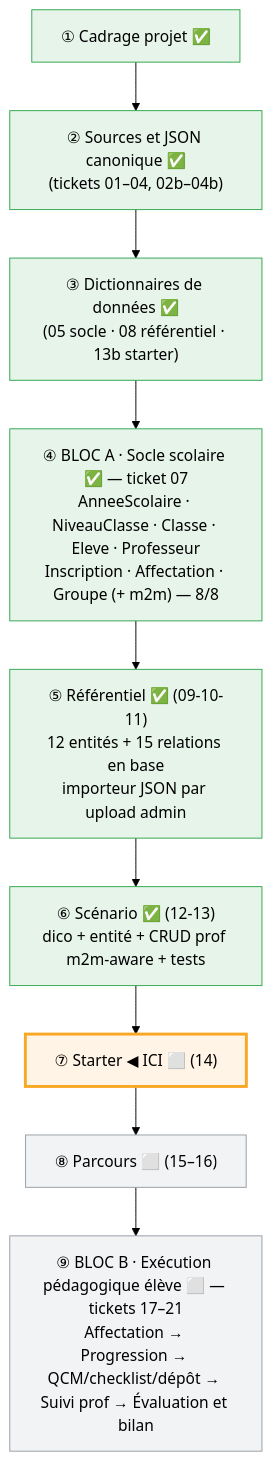
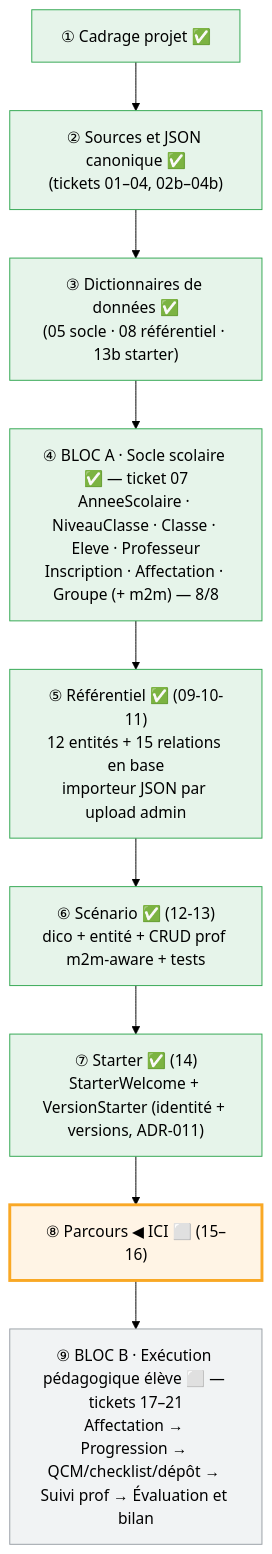
One commit to caucrogeGit/ReferenCiel-Manager changed the diagram in docs/journal-de-progression.md. Above: the diagram before and after it, drawn with Mermaid (forest theme). The commit also changed other lines of this file, not shown here.

First line of the commit message:
docs(journal): phase ⑦ Starter terminée (StarterWelcome + VersionStarter)

````diff
--- a/docs/journal-de-progression.md
+++ b/docs/journal-de-progression.md
@@ -726,19 +754,19 @@
 ```mermaid
 flowchart TD
     A["① Cadrage projet ✅"]
     B["② Sources et JSON canonique ✅<br/>(tickets 01–04, 02b–04b)"]
     C["③ Dictionnaires de données ✅<br/>(05 socle · 08 référentiel · 13b starter)"]
     D["④ BLOC A · Socle scolaire ✅ — ticket 07<br/>AnneeScolaire · NiveauClasse · Classe · Eleve · Professeur<br/>Inscription · Affectation · Groupe (+ m2m) — 8/8"]
     E["⑤ Référentiel ✅ (09-10-11)<br/>12 entités + 15 relations en base<br/>importeur JSON par upload admin"]
     F["⑥ Scénario ✅ (12-13)<br/>dico + entité + CRUD prof m2m-aware + tests"]
-    G["⑦ Starter ◀ ICI ⬜ (14)"]
-    H["⑧ Parcours ⬜ (15–16)"]
+    G["⑦ Starter ✅ (14)<br/>StarterWelcome + VersionStarter (identité + versions, ADR-011)"]
+    H["⑧ Parcours ◀ ICI ⬜ (15–16)"]
     I["⑨ BLOC B · Exécution pédagogique élève ⬜ — tickets 17–21<br/>Affectation → Progression → QCM/checklist/dépôt → Suivi prof → Évaluation et bilan"]
     A --> B --> C --> D --> E --> F --> G --> H --> I
     classDef done fill:#e6f4ea,stroke:#34a853;
     classDef current fill:#fff4e5,stroke:#f9a825,stroke-width:3px;
     classDef todo fill:#f1f3f4,stroke:#9aa0a6;
-    class A,B,C,D,E,F done
-    class G current
-    class H,I todo
+    class A,B,C,D,E,F,G done
+    class H current
+    class I todo
 ```
````
